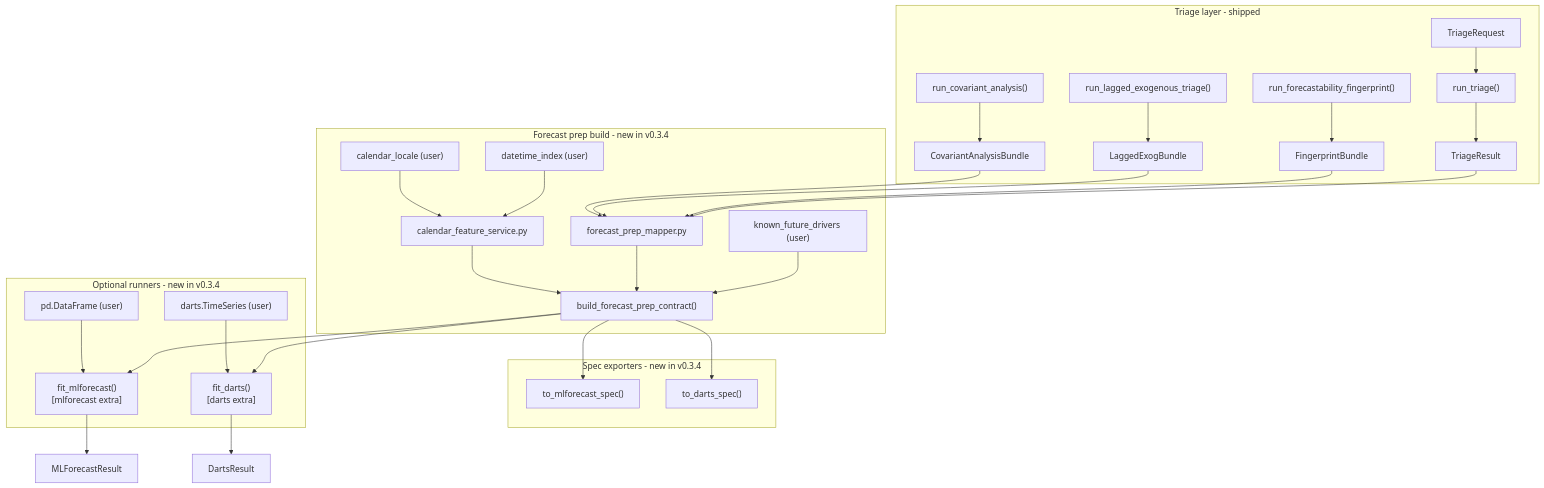
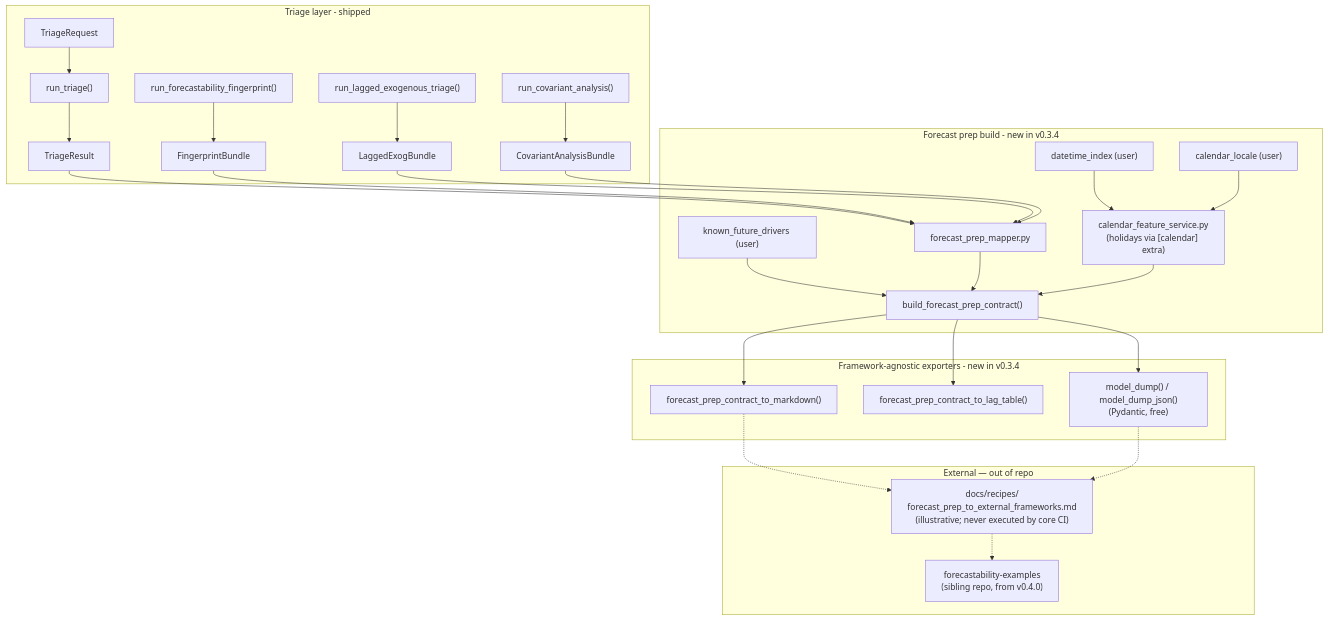
The second of 2 diagrams in docs/plan/v0_3_4_forecast_prep_contract_ultimate_plan.md (AdamKrysztopa/dependence-forecastability), drawn with Mermaid before and after one commit. The commit also changed other lines of this file and 1 other file, not shown here.

````diff
--- a/docs/plan/v0_3_4_forecast_prep_contract_ultimate_plan.md
+++ b/docs/plan/v0_3_4_forecast_prep_contract_ultimate_plan.md
@@ -1827,40 +1604,39 @@
 ```mermaid
 flowchart TD
     subgraph Triage[Triage layer - shipped]
       T0["TriageRequest"] --> T1["run_triage()"]
       T1 --> T2["TriageResult"]
       F0["run_forecastability_fingerprint()"] --> F1["FingerprintBundle"]
       L0["run_lagged_exogenous_triage()"] --> L1["LaggedExogBundle"]
       C0["run_covariant_analysis()"] --> C1["CovariantAnalysisBundle"]
     end
     subgraph Build[Forecast prep build - new in v0.3.4]
       M["forecast_prep_mapper.py"]
-      CAL["calendar_feature_service.py"]
+      CAL["calendar_feature_service.py\n(holidays via [calendar] extra)"]
       B["build_forecast_prep_contract()"]
       T2 --> M
       F1 --> M
       L1 --> M
       C1 --> M
       KF["known_future_drivers (user)"] --> B
       DI["datetime_index (user)"] --> CAL
       LOC["calendar_locale (user)"] --> CAL
       M --> B
       CAL --> B
     end
-    subgraph Spec[Spec exporters - new in v0.3.4]
-      MS["to_mlforecast_spec()"]
-      DS["to_darts_spec()"]
-      B --> MS
-      B --> DS
+    subgraph Export[Framework-agnostic exporters - new in v0.3.4]
+      MD["forecast_prep_contract_to_markdown()"]
+      LT["forecast_prep_contract_to_lag_table()"]
+      DJ["model_dump() / model_dump_json()\n(Pydantic, free)"]
+      B --> MD
+      B --> LT
+      B --> DJ
     end
-    subgraph Run[Optional runners - new in v0.3.4]
-      MR["fit_mlforecast()\n[mlforecast extra]"]
-      DR["fit_darts()\n[darts extra]"]
-      B --> MR
-      B --> DR
-      DF["pd.DataFrame (user)"] --> MR
-      TS["darts.TimeSeries (user)"] --> DR
+    subgraph External[External — out of repo]
+      REC["docs/recipes/\nforecast_prep_to_external_frameworks.md\n(illustrative; never executed by core CI)"]
+      EX["forecastability-examples\n(sibling repo, from v0.4.0)"]
+      MD -.-> REC
+      DJ -.-> REC
+      REC -.-> EX
     end
-    MR --> RES1["MLForecastResult"]
-    DR --> RES2["DartsResult"]
 ```
````
